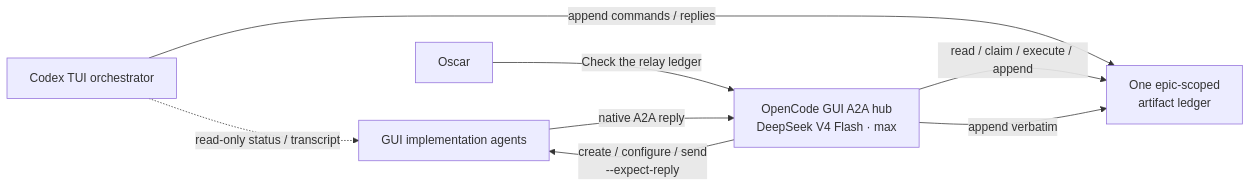
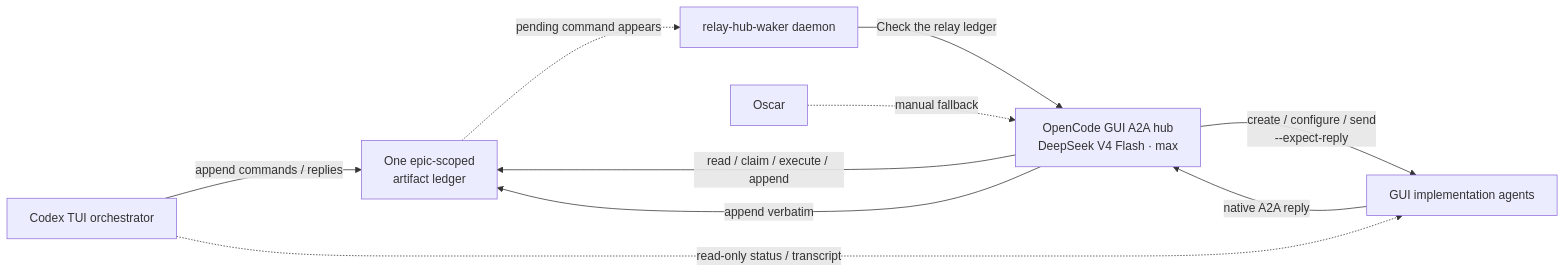
One commit to wedmoreoscar-blip/DrinkSmart changed the diagram in docs/agent_setup/CODEX_TUI_MESSAGE_RELAY.md. Above: the diagram before and after it, drawn with Mermaid. The commit also changed other lines of this file and 10 other files, not shown here.

First line of the commit message:
Add relay waker daemon to close the manual hub-wake step

````diff
--- a/docs/agent_setup/CODEX_TUI_MESSAGE_RELAY.md
+++ b/docs/agent_setup/CODEX_TUI_MESSAGE_RELAY.md
@@ -16,10 +16,12 @@
 ```mermaid
 flowchart LR
   C["Codex TUI orchestrator"] -->|"append commands / replies"| L["One epic-scoped\nartifact ledger"]
-  U["Oscar"] -->|"Check the relay ledger"| H["OpenCode GUI A2A hub\nDeepSeek V4 Flash · max"]
+  W["relay-hub-waker daemon"] -->|"Check the relay ledger"| H["OpenCode GUI A2A hub\nDeepSeek V4 Flash · max"]
+  L -.->|"pending command appears"| W
+  U["Oscar"] -.->|"manual fallback"| H
   H -->|"read / claim / execute / append"| L
   H -->|"create / configure / send\n--expect-reply"| I["GUI implementation agents"]
   I -->|"native A2A reply"| H
   H -->|"append verbatim"| L
   C -.->|"read-only status / transcript"| I
 ```
````
